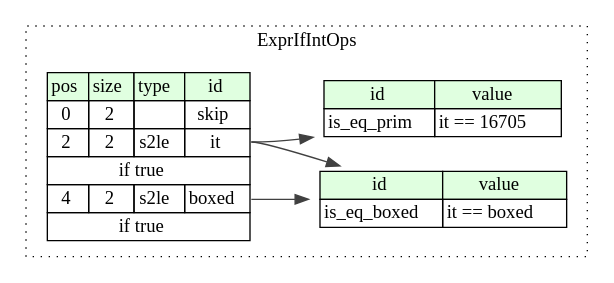
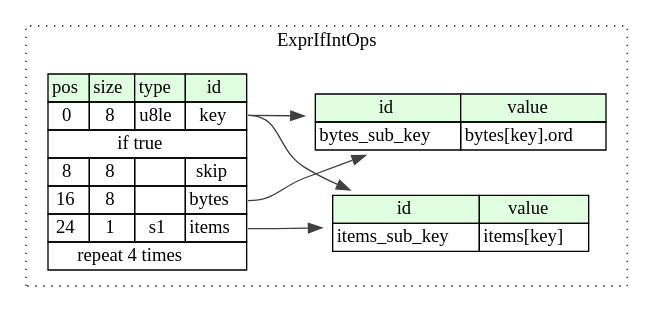
One commit to kaitai-io/ci_targets changed the diagram in compiled/graphviz/expr_if_int_ops.dot. Above: the diagram before and after it, drawn with Graphviz. The commit also changed 2652 other files, not shown here.

```diff
--- a/compiled/graphviz/expr_if_int_ops.dot
+++ b/compiled/graphviz/expr_if_int_ops.dot
@@ -1,28 +1,30 @@
 digraph {
 	rankdir=LR;
 	node [shape=plaintext];
 	subgraph cluster__expr_if_int_ops {
 		label="ExprIfIntOps";
 		graph[style=dotted];
 
 		expr_if_int_ops__seq [label=<<TABLE BORDER="0" CELLBORDER="1" CELLSPACING="0">
 			<TR><TD BGCOLOR="#E0FFE0">pos</TD><TD BGCOLOR="#E0FFE0">size</TD><TD BGCOLOR="#E0FFE0">type</TD><TD BGCOLOR="#E0FFE0">id</TD></TR>
-			<TR><TD PORT="skip_pos">0</TD><TD PORT="skip_size">2</TD><TD></TD><TD PORT="skip_type">skip</TD></TR>
-			<TR><TD PORT="it_pos">2</TD><TD PORT="it_size">2</TD><TD>s2le</TD><TD PORT="it_type">it</TD></TR>
-			<TR><TD COLSPAN="4" PORT="it__if">if true</TD></TR>
-			<TR><TD PORT="boxed_pos">4</TD><TD PORT="boxed_size">2</TD><TD>s2le</TD><TD PORT="boxed_type">boxed</TD></TR>
-			<TR><TD COLSPAN="4" PORT="boxed__if">if true</TD></TR>
+			<TR><TD PORT="key_pos">0</TD><TD PORT="key_size">8</TD><TD>u8le</TD><TD PORT="key_type">key</TD></TR>
+			<TR><TD COLSPAN="4" PORT="key__if">if true</TD></TR>
+			<TR><TD PORT="skip_pos">8</TD><TD PORT="skip_size">8</TD><TD></TD><TD PORT="skip_type">skip</TD></TR>
+			<TR><TD PORT="bytes_pos">16</TD><TD PORT="bytes_size">8</TD><TD></TD><TD PORT="bytes_type">bytes</TD></TR>
+			<TR><TD PORT="items_pos">24</TD><TD PORT="items_size">1</TD><TD>s1</TD><TD PORT="items_type">items</TD></TR>
+			<TR><TD COLSPAN="4" PORT="items__repeat">repeat 4 times</TD></TR>
 		</TABLE>>];
-		expr_if_int_ops__inst__is_eq_boxed [label=<<TABLE BORDER="0" CELLBORDER="1" CELLSPACING="0">
+		expr_if_int_ops__inst__bytes_sub_key [label=<<TABLE BORDER="0" CELLBORDER="1" CELLSPACING="0">
 			<TR><TD BGCOLOR="#E0FFE0">id</TD><TD BGCOLOR="#E0FFE0">value</TD></TR>
-			<TR><TD>is_eq_boxed</TD><TD>it == boxed</TD></TR>
+			<TR><TD>bytes_sub_key</TD><TD>bytes[key].ord</TD></TR>
 		</TABLE>>];
-		expr_if_int_ops__inst__is_eq_prim [label=<<TABLE BORDER="0" CELLBORDER="1" CELLSPACING="0">
+		expr_if_int_ops__inst__items_sub_key [label=<<TABLE BORDER="0" CELLBORDER="1" CELLSPACING="0">
 			<TR><TD BGCOLOR="#E0FFE0">id</TD><TD BGCOLOR="#E0FFE0">value</TD></TR>
-			<TR><TD>is_eq_prim</TD><TD>it == 16705</TD></TR>
+			<TR><TD>items_sub_key</TD><TD>items[key]</TD></TR>
 		</TABLE>>];
 	}
-	expr_if_int_ops__seq:it_type -> expr_if_int_ops__inst__is_eq_boxed [color="#404040"];
-	expr_if_int_ops__seq:boxed_type -> expr_if_int_ops__inst__is_eq_boxed [color="#404040"];
-	expr_if_int_ops__seq:it_type -> expr_if_int_ops__inst__is_eq_prim [color="#404040"];
+	expr_if_int_ops__seq:bytes_type -> expr_if_int_ops__inst__bytes_sub_key [color="#404040"];
+	expr_if_int_ops__seq:key_type -> expr_if_int_ops__inst__bytes_sub_key [color="#404040"];
+	expr_if_int_ops__seq:items_type -> expr_if_int_ops__inst__items_sub_key [color="#404040"];
+	expr_if_int_ops__seq:key_type -> expr_if_int_ops__inst__items_sub_key [color="#404040"];
 }
```
